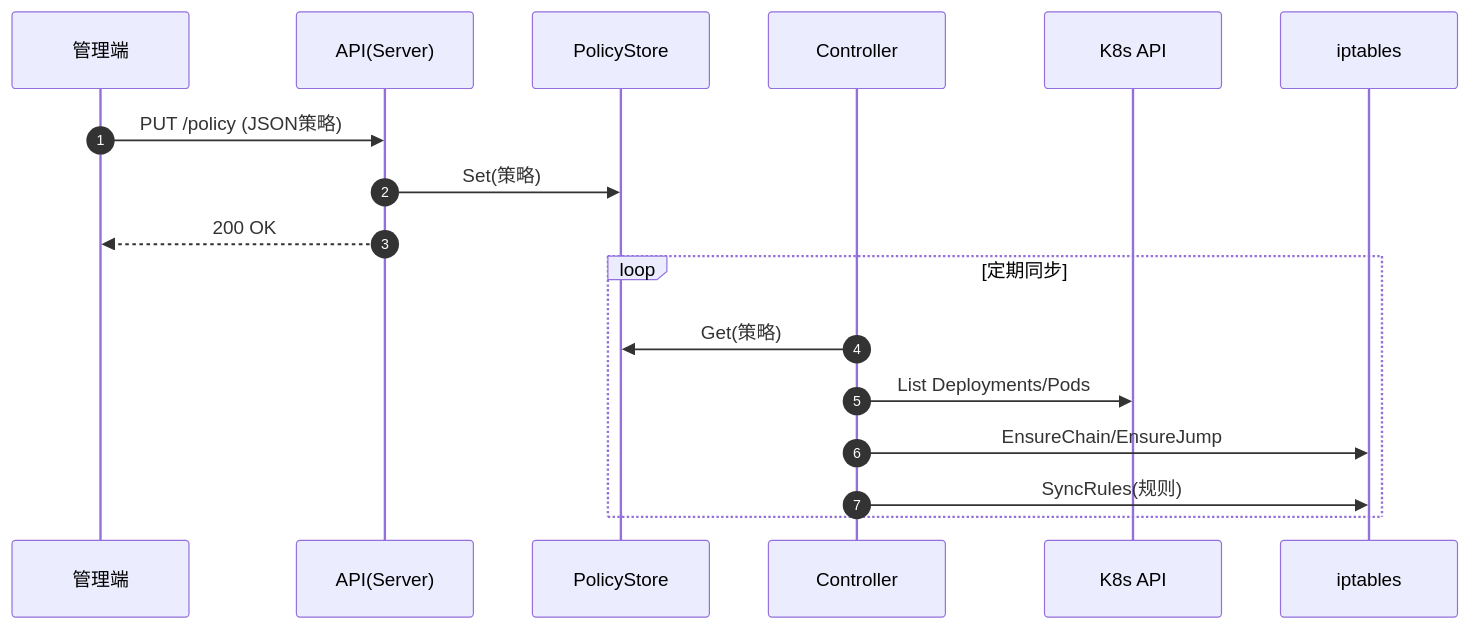
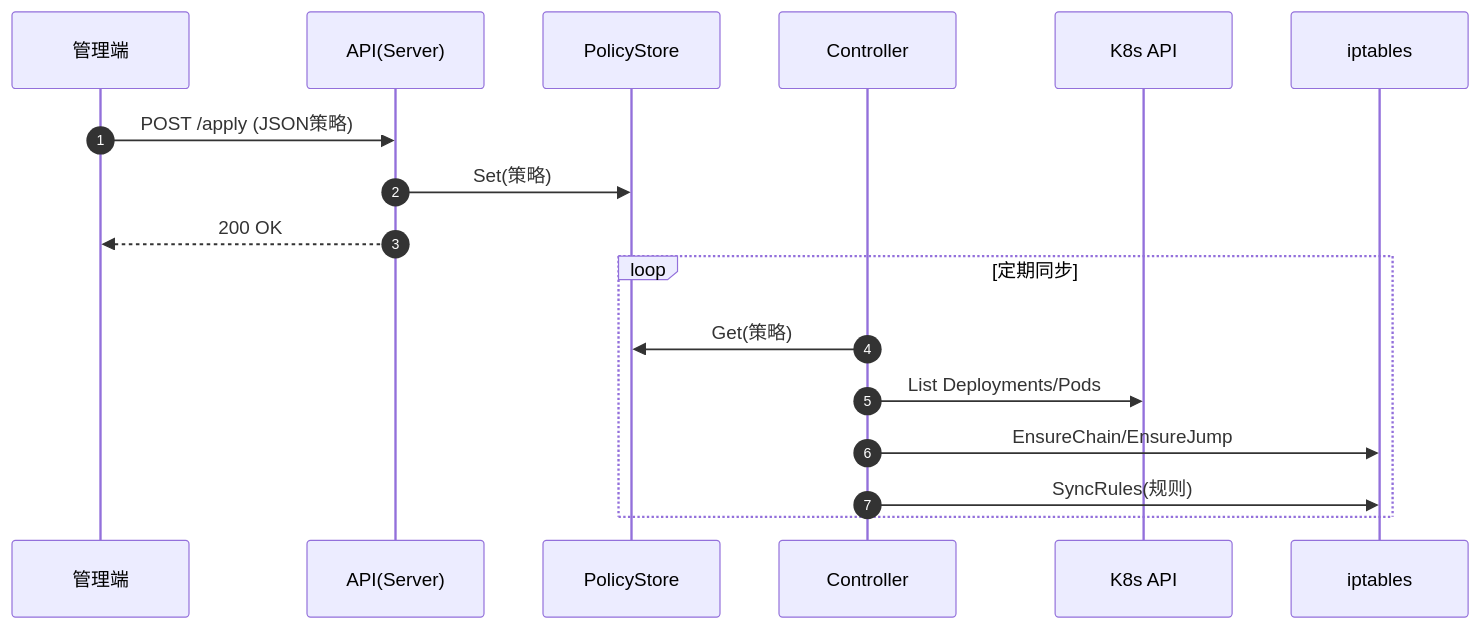
One commit to GuanQZ/microsegmentation changed the first of 3 diagrams in docs/ARCHITECTURE.md. Above: the diagram before and after it, drawn with Mermaid. The commit also changed other lines of this file and 14 other files, not shown here.

````diff
--- a/docs/ARCHITECTURE.md
+++ b/docs/ARCHITECTURE.md
@@ -185,21 +186,21 @@
 ```mermaid
 sequenceDiagram
   autonumber
   participant M as 管理端
   participant A as API(Server)
   participant S as PolicyStore
   participant C as Controller
   participant K as K8s API
   participant I as iptables
 
-  M->>A: PUT /policy (JSON策略)
+  M->>A: POST /apply (JSON策略)
   A->>S: Set(策略)
   A-->>M: 200 OK
 
   loop 定期同步
     C->>S: Get(策略)
     C->>K: List Deployments/Pods
     C->>I: EnsureChain/EnsureJump
     C->>I: SyncRules(规则)
   end
 ```
````
